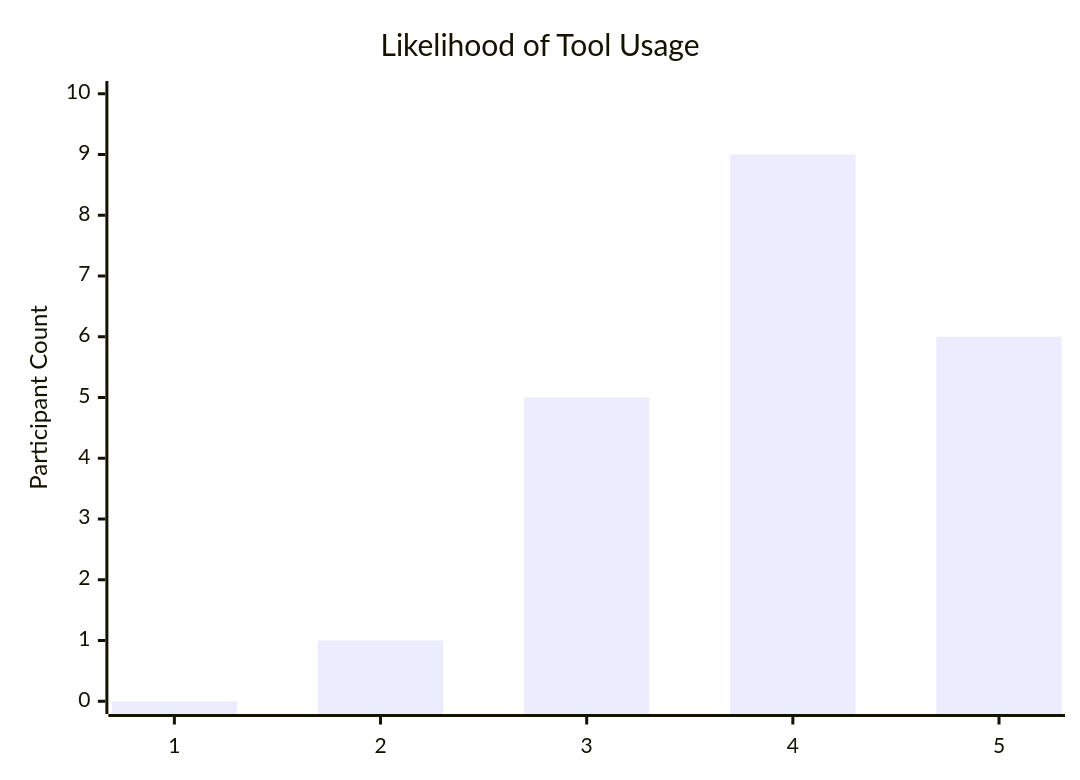
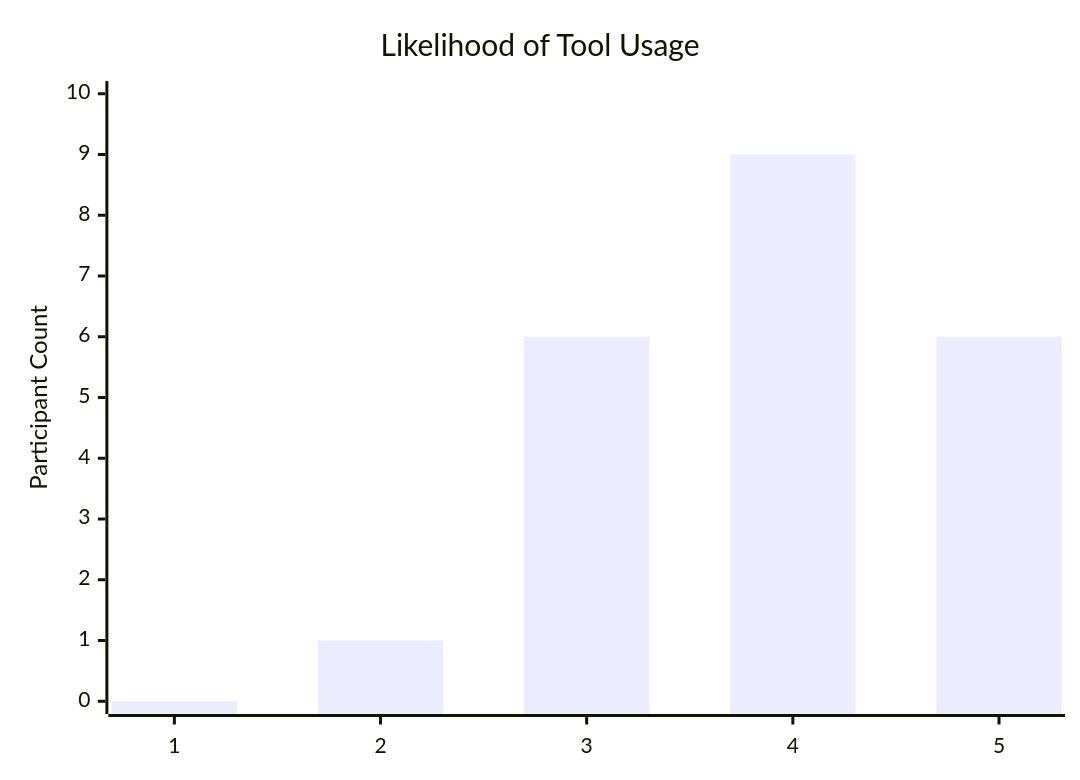
One commit to anonym-evalpro/EvalPro changed diagram 13 of 15 in Search/README.md. Above: the diagram before and after it, drawn with Mermaid. The commit also changed other lines of this file and 1 other file, not shown here.

````diff
--- a/Search/README.md
+++ b/Search/README.md
@@ -149,7 +149,7 @@
        ```mermaid
         xychart-beta
         title "Likelihood of Tool Usage"
         x-axis ["1", "2", "3", "4", "5"]
         y-axis "Participant Count" 0 --> 10
-        bar [0, 1, 5, 9, 6]
+        bar [0, 1, 6, 9, 6]
        ```
````
